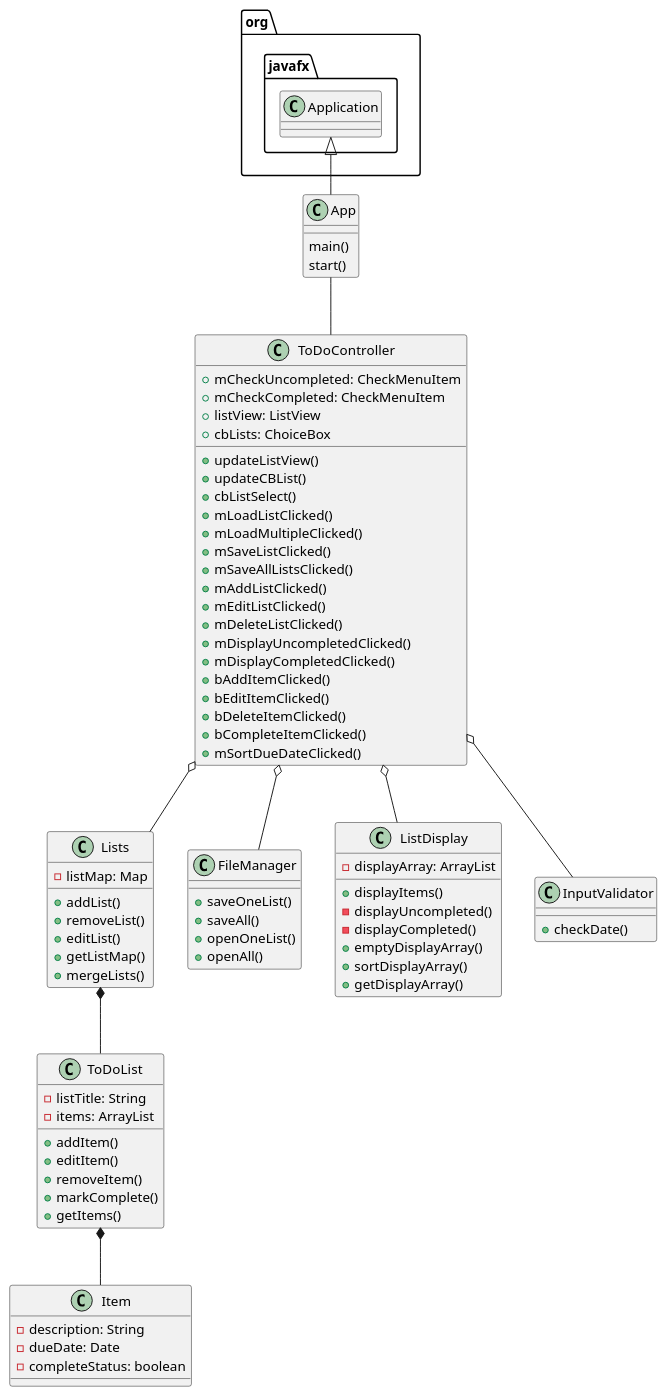
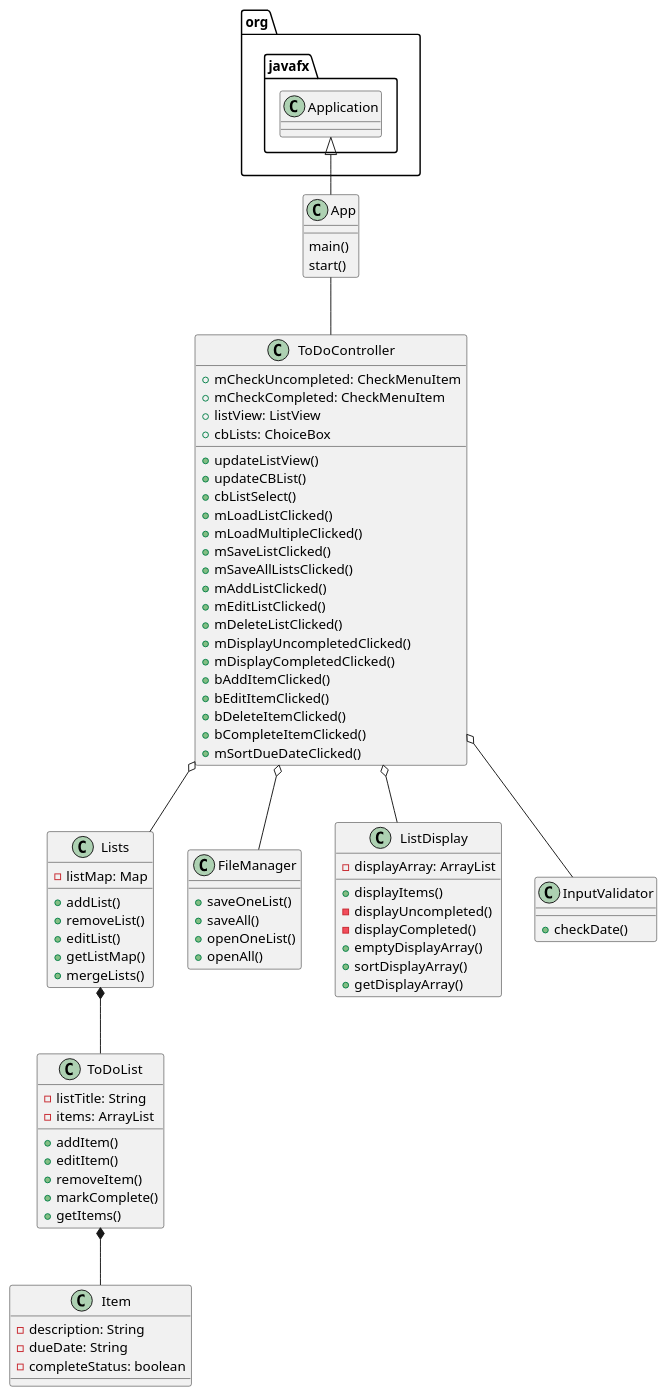
One commit to kingraham228/Ingraham-cop3330-assignment4 changed the diagram in uml/ToDoList.puml. Above: the diagram before and after it, drawn with PlantUML. The commit also changed 2 other files, not shown here.

```diff
--- a/uml/ToDoList.puml
+++ b/uml/ToDoList.puml
@@ -1,86 +1,86 @@
 @startuml
 class Item{
 -description: String
--dueDate: Date
+-dueDate: String
 -completeStatus: boolean
 }
 
 class ToDoList{
 -listTitle: String
 -items: ArrayList
 +addItem()
 +editItem()
 +removeItem()
 +markComplete()
 +getItems()
 }
 
 class Lists{
 -listMap: Map
 +addList()
 +removeList()
 +editList()
 +getListMap()
 +mergeLists()
 }
 
 class FileManager{
 +saveOneList()
 +saveAll()
 +openOneList()
 +openAll()
 }
 
 class ListDisplay{
 -displayArray: ArrayList
 +displayItems()
 -displayUncompleted()
 -displayCompleted()
 +emptyDisplayArray()
 +sortDisplayArray()
 +getDisplayArray()
 }
 
 class ToDoController{
 +mCheckUncompleted: CheckMenuItem
 +mCheckCompleted: CheckMenuItem
 +listView: ListView
 +cbLists: ChoiceBox
 +updateListView()
 +updateCBList()
 +cbListSelect()
 +mLoadListClicked()
 +mLoadMultipleClicked()
 +mSaveListClicked()
 +mSaveAllListsClicked()
 +mAddListClicked()
 +mEditListClicked()
 +mDeleteListClicked()
 +mDisplayUncompletedClicked()
 +mDisplayCompletedClicked()
 +bAddItemClicked()
 +bEditItemClicked()
 +bDeleteItemClicked()
 +bCompleteItemClicked()
 +mSortDueDateClicked()
 }
 
 class App{
 main()
 start()
 }
 
 class InputValidator{
 +checkDate()
 }
 
 
 org.javafx.Application <|-- App
 App -- ToDoController
 ToDoController o-- Lists
 ToDoController o-- ListDisplay
 ToDoController o-- FileManager
 ToDoController o-- InputValidator
 Lists *-- ToDoList
 ToDoList *-- Item
 @enduml
```
